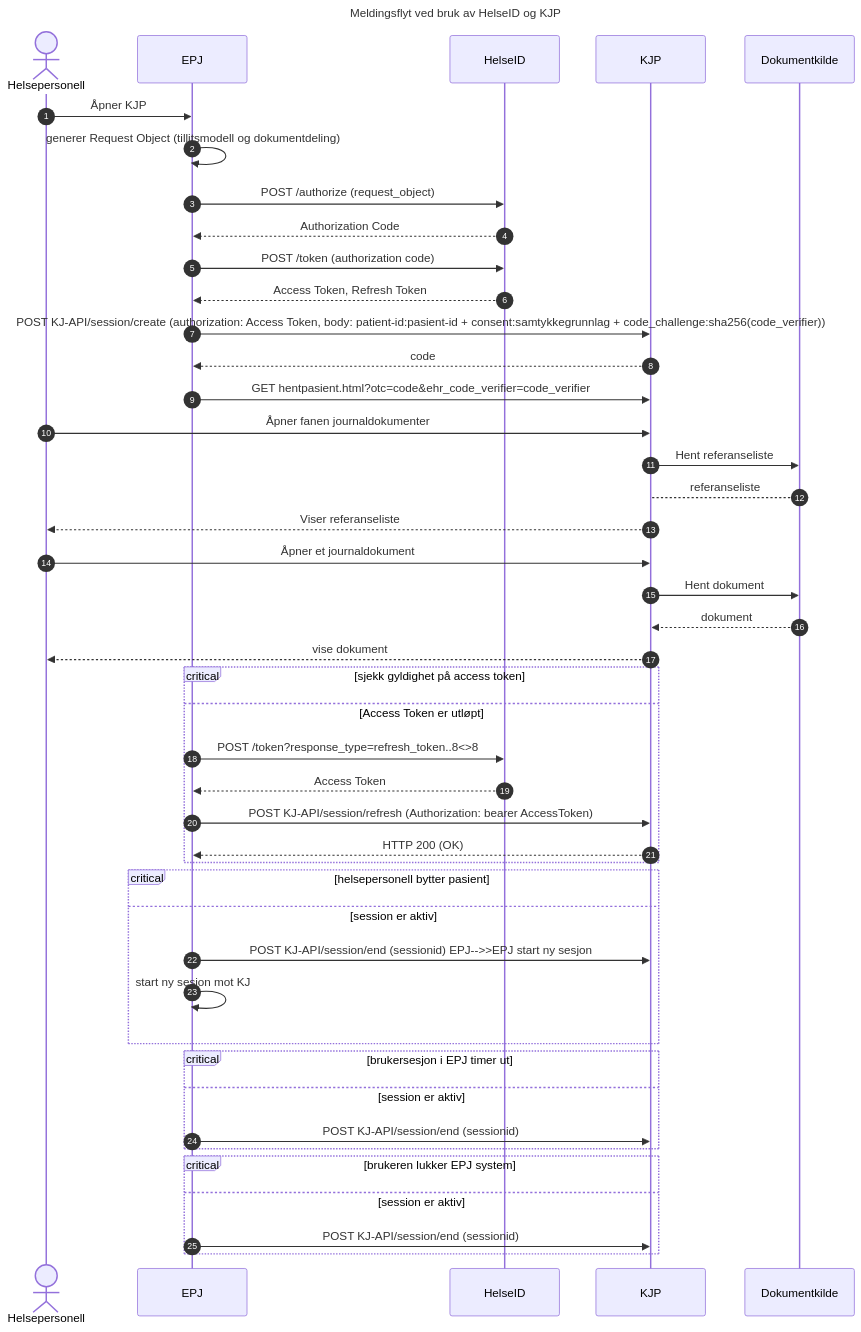
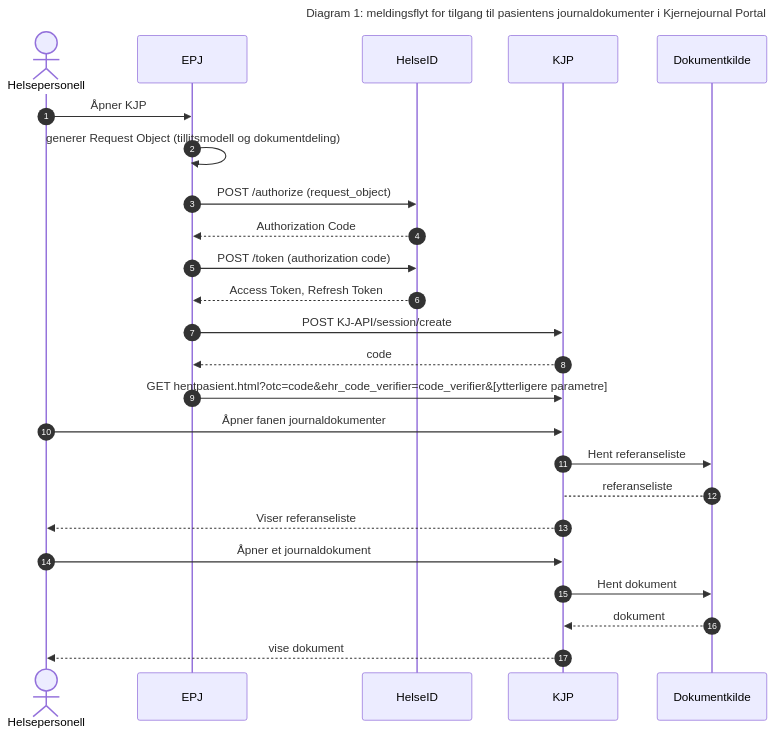
One commit to NorskHelsenett/Tillitsrammeverk changed the second of 12 diagrams in specs/dokumentdeling_overordnet_spec.md. Above: the diagram before and after it, drawn with Mermaid. The commit also changed other lines of this file and 1 other file, not shown here.

Commit message:
Sekvensdiagram og spesifikasjoner

`````diff
--- a/specs/dokumentdeling_overordnet_spec.md
+++ b/specs/dokumentdeling_overordnet_spec.md
@@ -79,56 +122,31 @@
 ````mermaid
 sequenceDiagram 
   autonumber
-  title Meldingsflyt ved bruk av HelseID og KJP
+  title Diagram 1: meldingsflyt for tilgang til pasientens journaldokumenter i Kjernejournal Portal
   actor HP as Helsepersonell
   participant EPJ
   participant HelseID
   participant KJP
   participant Dokumentkilde
 
   HP->>EPJ: Åpner KJP
   EPJ->>EPJ: generer Request Object (tillitsmodell og dokumentdeling)
   EPJ->>HelseID: POST /authorize (request_object)
   HelseID-->>EPJ: Authorization Code
   EPJ->>HelseID: POST /token (authorization code)
   HelseID-->>EPJ: Access Token, Refresh Token
-  EPJ->>KJP: POST KJ-API/session/create (authorization: Access Token, body: patient-id:pasient-id + consent:samtykkegrunnlag + code_challenge:sha256(code_verifier))
+  EPJ->>KJP: POST KJ-API/session/create
   KJP-->>EPJ: code
-  EPJ->>KJP: GET hentpasient.html?otc=code&ehr_code_verifier=code_verifier
+  EPJ->>KJP: GET hentpasient.html?otc=code&ehr_code_verifier=code_verifier&[ytterligere parametre]
   HP->>KJP: Åpner fanen journaldokumenter
   KJP->>Dokumentkilde: Hent referanseliste
  
   Dokumentkilde-->KJP: referanseliste
  
   KJP-->>HP: Viser referanseliste
   HP->>KJP: Åpner et journaldokument
   KJP->>Dokumentkilde: Hent dokument
   Dokumentkilde-->>KJP: dokument
   KJP-->>HP: vise dokument
 
-  critical sjekk gyldighet på access token
-
-    option Access Token er utløpt
-        EPJ->>HelseID: POST /token?response_type=refresh_token..8<>8
-        HelseID-->>EPJ: Access Token
-        EPJ->>KJP: POST KJ-API/session/refresh (Authorization: bearer AccessToken) 
-        KJP-->>EPJ: HTTP 200 (OK)
-  end
-
-  critical helsepersonell bytter pasient
-  option session er aktiv
-    EPJ->>KJP: POST KJ-API/session/end (sessionid) EPJ-->>EPJ start ny sesjon
-    EPJ->>EPJ: start ny sesjon mot KJ
-  end
-  
-  critical brukersesjon i EPJ timer ut
-  option session er aktiv
-    EPJ->>KJP: POST KJ-API/session/end (sessionid)
-  end
-
-  critical brukeren lukker EPJ system
-  option session er aktiv
-    EPJ->>KJP: POST KJ-API/session/end (sessionid)
-
-end 
-````
+  ````
`````
